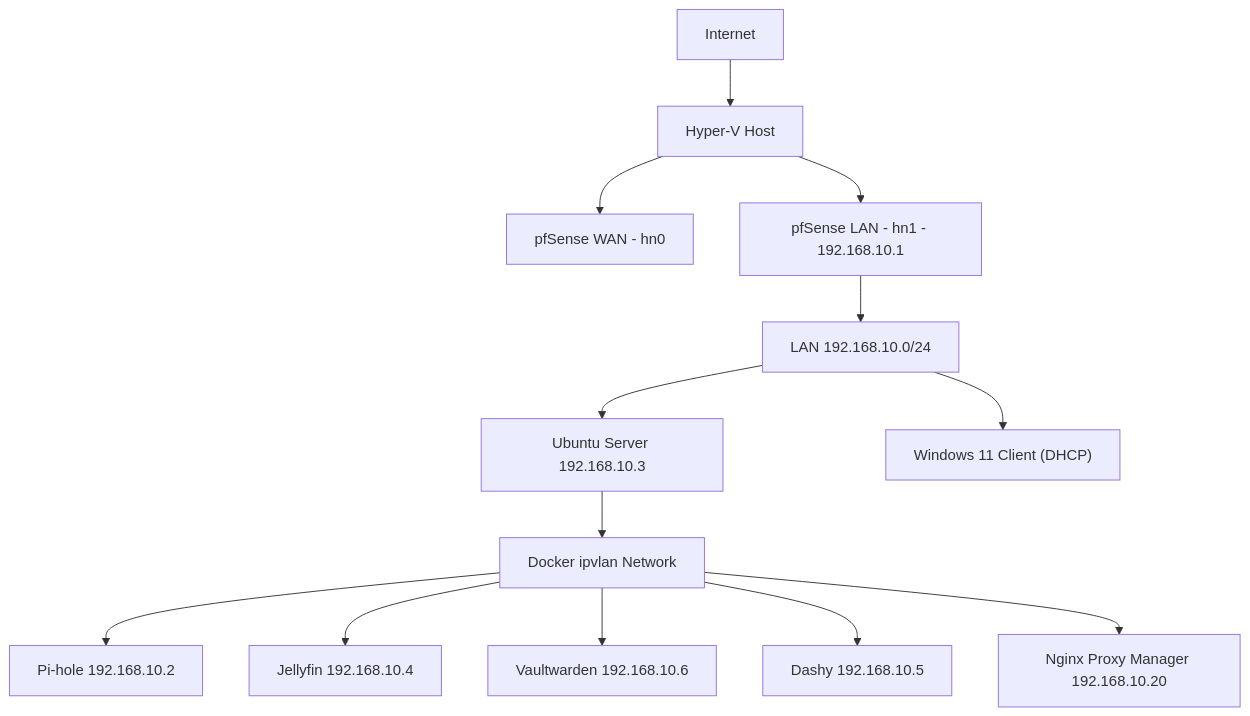
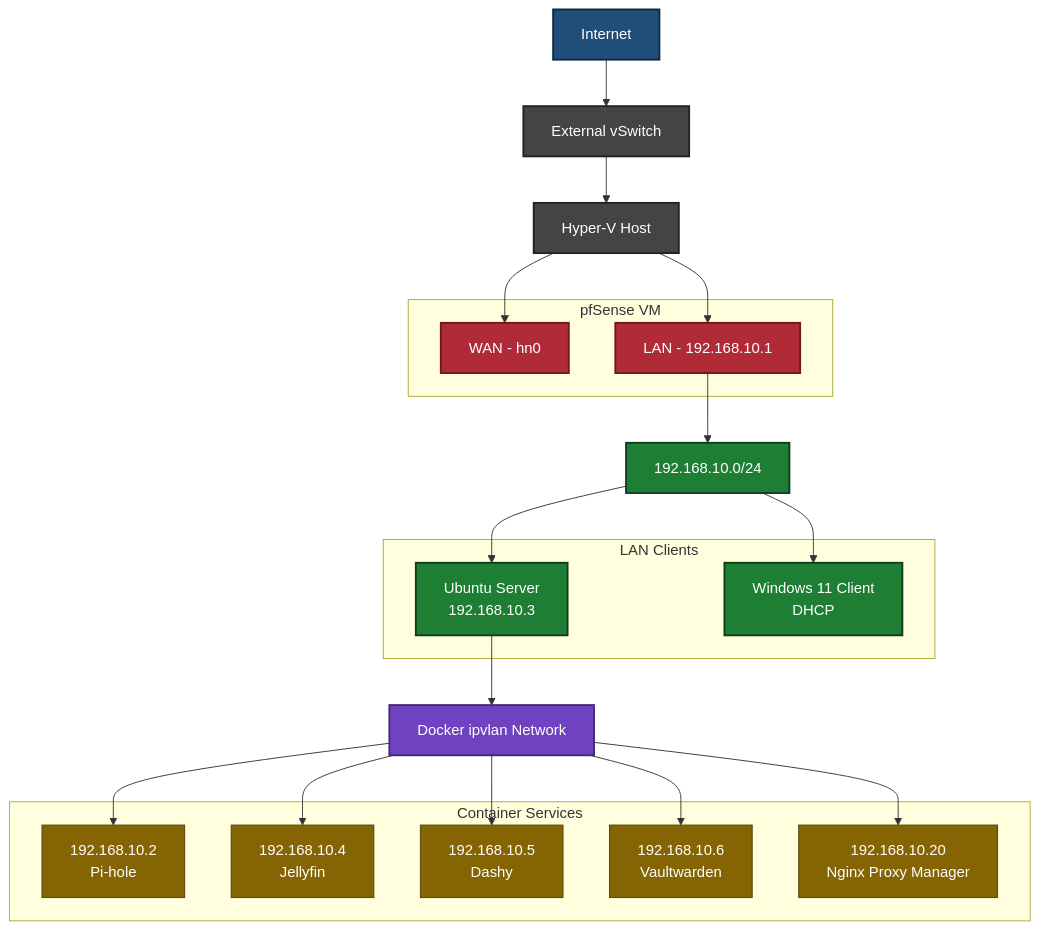
The diagram in Technical-Documentation.md (Jordynns/Wojtek-Network), drawn with Mermaid before and after one commit.

Commit message:
Update Logical Topology Diagram with new structure

````diff
--- a/Technical-Documentation.md
+++ b/Technical-Documentation.md
@@ -109,21 +109,74 @@
 ```mermaid
 graph TD
 
-Internet --> HyperV["Hyper-V Host"]
+%% =========================
+%% Core Infrastructure
+%% =========================
 
-HyperV --> pfWAN["pfSense WAN - hn0"]
-HyperV --> pfLAN["pfSense LAN - hn1 - 192.168.10.1"]
+Internet["Internet"] --> vSwitch["External vSwitch"]
+vSwitch --> HyperV["Hyper-V Host"]
 
-pfLAN --> LAN["LAN 192.168.10.0/24"]
+%% =========================
+%% pfSense VM
+%% =========================
 
-LAN --> Ubuntu["Ubuntu Server 192.168.10.3"]
-LAN --> Win11["Windows 11 Client (DHCP)"]
+subgraph pfSense_VM["pfSense VM"]
+    pfWAN["WAN - hn0"]
+    pfLAN["LAN - 192.168.10.1"]
+end
+
+HyperV --> pfWAN
+HyperV --> pfLAN
+
+%% =========================
+%% LAN Network
+%% =========================
+
+pfLAN --> LAN["192.168.10.0/24"]
+
+subgraph LAN_Segment["LAN Clients"]
+    Ubuntu["Ubuntu Server<br/>192.168.10.3"]
+    Win11["Windows 11 Client<br/>DHCP"]
+end
+
+LAN --> Ubuntu
+LAN --> Win11
+
+%% =========================
+%% Docker Network
+%% =========================
 
 Ubuntu --> Docker["Docker ipvlan Network"]
 
-Docker --> PiHole["Pi-hole 192.168.10.2"]
-Docker --> Jellyfin["Jellyfin 192.168.10.4"]
-Docker --> Vaultwarden["Vaultwarden 192.168.10.6"]
-Docker --> Dashy["Dashy 192.168.10.5"]
-Docker --> NPM["Nginx Proxy Manager 192.168.10.20"]
+subgraph Docker_Services["Container Services"]
+    PiHole["192.168.10.2<br/>Pi-hole"]
+    Jellyfin["192.168.10.4<br/>Jellyfin"]
+    Dashy["192.168.10.5<br/>Dashy"]
+    Vaultwarden["192.168.10.6<br/>Vaultwarden"]
+    NPM["192.168.10.20<br/>Nginx Proxy Manager"]
+end
+
+Docker --> PiHole
+Docker --> Jellyfin
+Docker --> Dashy
+Docker --> Vaultwarden
+Docker --> NPM
+
+%% =========================
+%% Styling
+%% =========================
+
+classDef internet fill:#1f4e79,stroke:#0a2a43,color:#ffffff,stroke-width:2px;
+classDef hyperv fill:#444444,stroke:#222222,color:#ffffff,stroke-width:2px;
+classDef firewall fill:#b02a37,stroke:#6c1a21,color:#ffffff,stroke-width:2px;
+classDef lan fill:#1e7e34,stroke:#0f3d1c,color:#ffffff,stroke-width:2px;
+classDef docker fill:#6f42c1,stroke:#432874,color:#ffffff,stroke-width:2px;
+classDef service fill:#856404,stroke:#533f03,color:#ffffff,stroke-width:1px;
+
+class Internet internet;
+class vSwitch,HyperV hyperv;
+class pfWAN,pfLAN firewall;
+class LAN,Ubuntu,Win11 lan;
+class Docker docker;
+class PiHole,Jellyfin,Dashy,Vaultwarden,NPM service;
 ```
````
